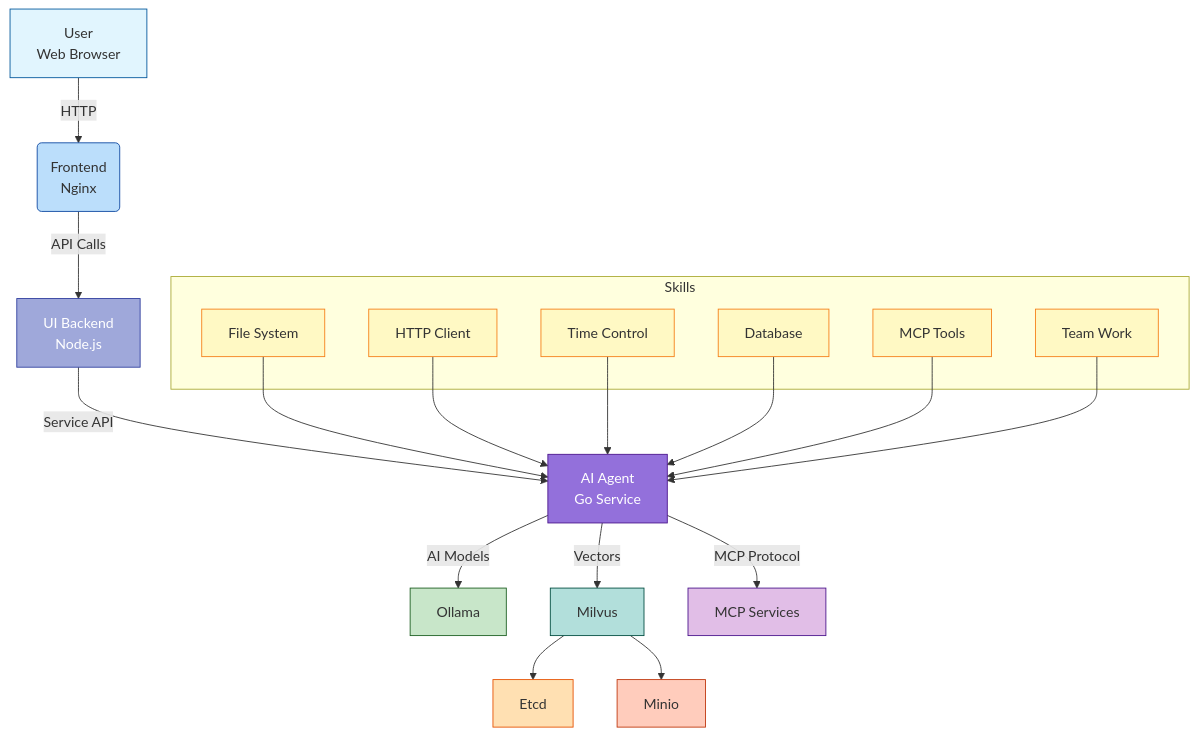
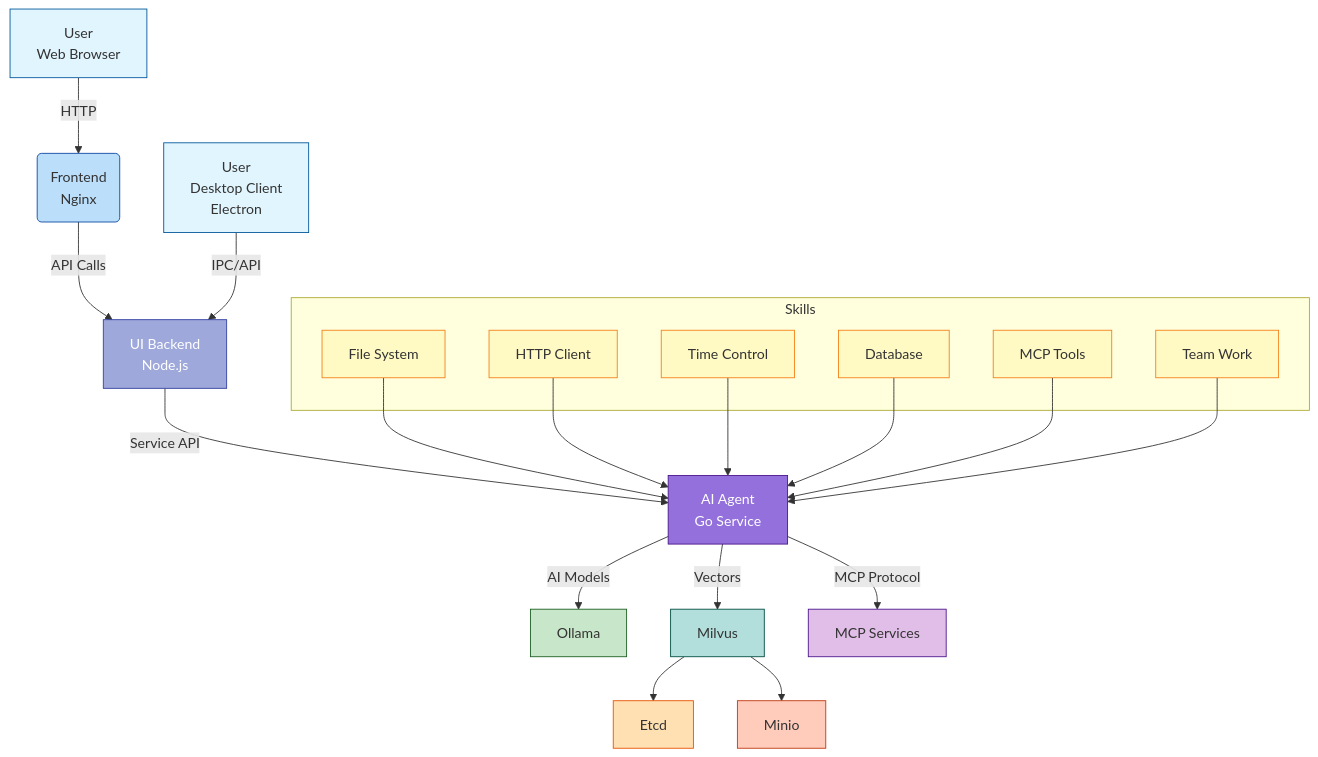
Before and after one commit to luoxiaojun1992/ai-agent: the diagram in ARCHITECTURE.md, drawn with Mermaid. The commit also changed 1 other file, not shown here.

Commit message:
docs: update arch diagram

````diff
--- a/ARCHITECTURE.md
+++ b/ARCHITECTURE.md
@@ -1,45 +1,49 @@
 ```mermaid
 graph TB
     A[User<br/>Web Browser] -->|HTTP| B(Frontend<br/>Nginx)
     B -->|API Calls| C[UI Backend<br/>Node.js]
+    
+    A2[User<br/>Desktop Client<br/>Electron] -->|IPC/API| C[UI Backend<br/>Node.js]
+    
     C -->|Service API| D[AI Agent<br/>Go Service]
     
     D -->|AI Models| E[Ollama]
     D -->|Vectors| F[Milvus]
     D -->|MCP Protocol| G[MCP Services]
     
     F --> H[Etcd]
     F --> I[Minio]
     
     subgraph Skills
         K[File System]
         L[HTTP Client]
         M[Time Control]
         N[Database]
         O[MCP Tools]
         P[Team Work]
     end
     
     K --> D
     L --> D
     M --> D
     N --> D
     O --> D
     P --> D
     
     style A fill:#e1f5fe,stroke:#01579b
+    style A2 fill:#e1f5fe,stroke:#01579b
     style B fill:#bbdefb,stroke:#0d47a1
     style C fill:#9fa8da,stroke:#303f9f,color:#fff
     style D fill:#9370db,stroke:#4a148c,color:#fff
     style E fill:#c8e6c9,stroke:#1b5e20
     style F fill:#b2dfdb,stroke:#004d40
     style G fill:#e1bee7,stroke:#4a148c
     style H fill:#ffe0b2,stroke:#e65100
     style I fill:#ffccbc,stroke:#bf360c
     style K fill:#fff9c4,stroke:#f57f17
     style L fill:#fff9c4,stroke:#f57f17
     style M fill:#fff9c4,stroke:#f57f17
     style N fill:#fff9c4,stroke:#f57f17
     style O fill:#fff9c4,stroke:#f57f17
     style P fill:#fff9c4,stroke:#f57f17
 ```
````
